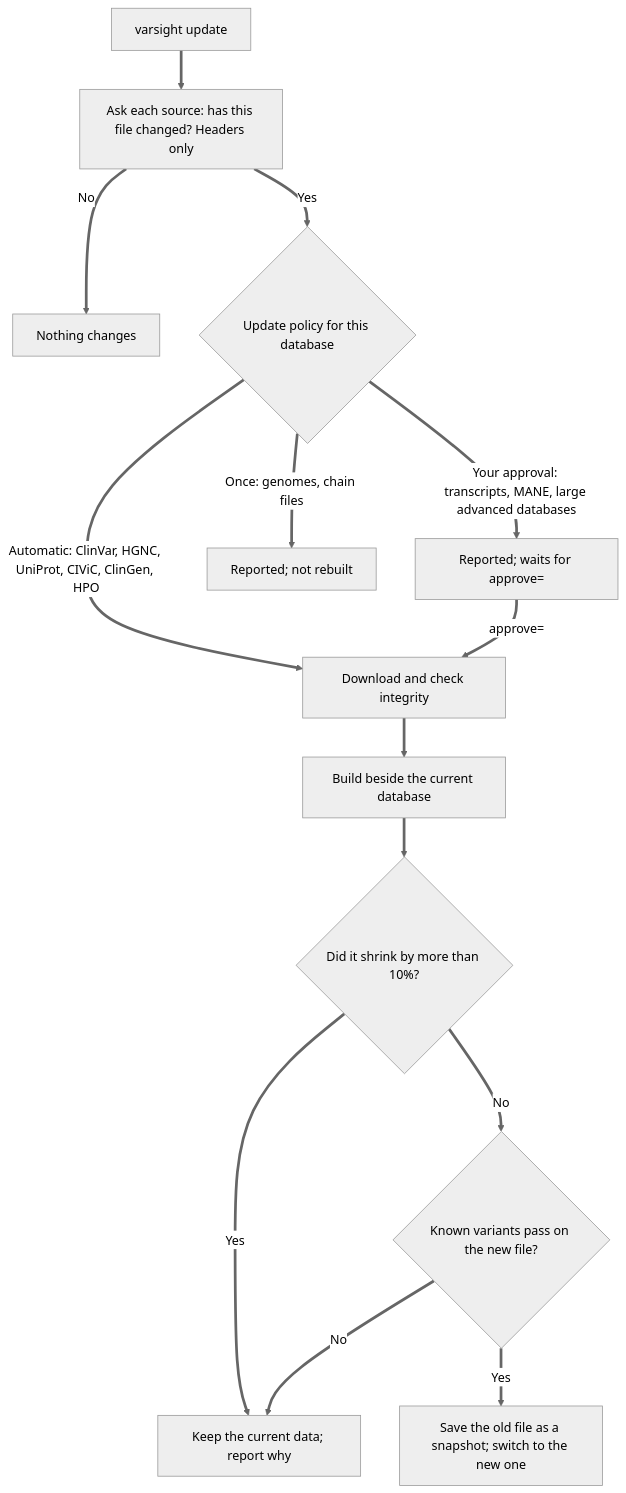
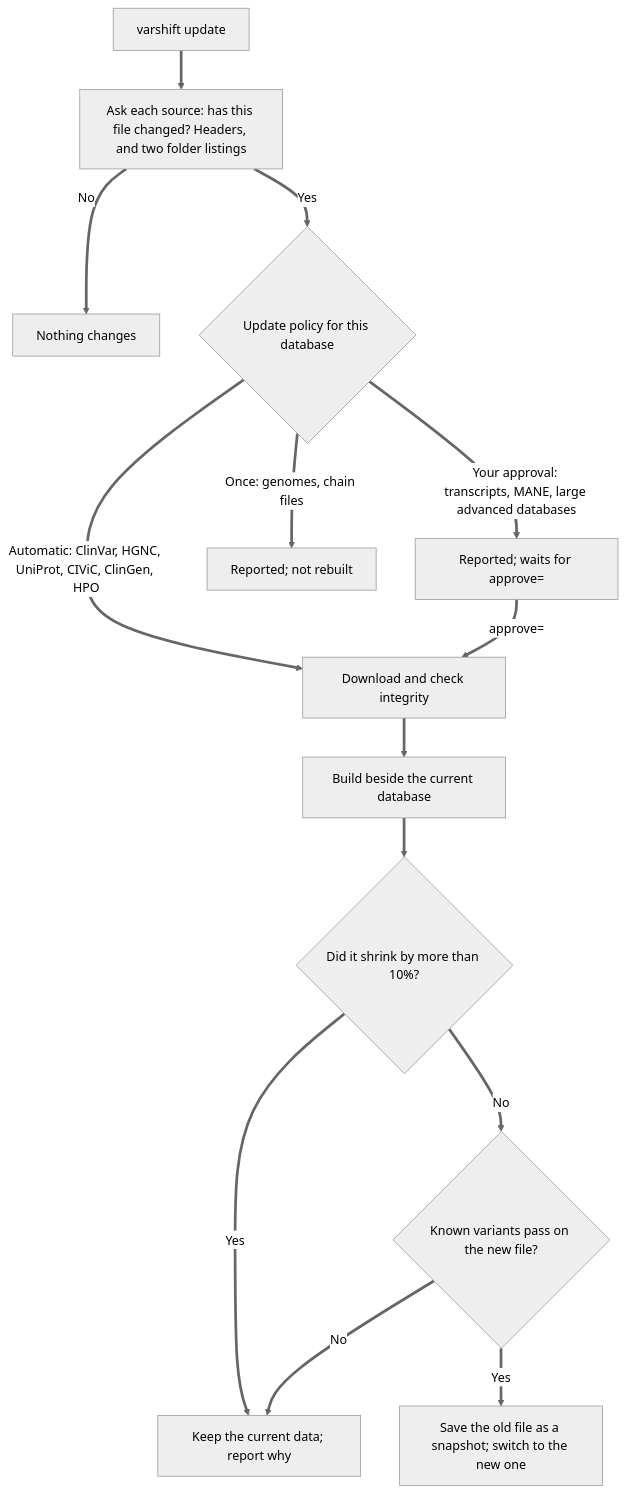
One commit to prabirsh/VarShift changed the diagram in docs/updates.md. Above: the diagram before and after it, drawn with Mermaid (neutral theme). The commit also changed other lines of this file and 127 other files, not shown here.

````diff
--- a/docs/updates.md
+++ b/docs/updates.md
@@ -32,16 +32,16 @@
 ```mermaid
 flowchart TD
-    START["varsight update"] ==> CHECK["Ask each source: has this file changed? Headers only"]
+    START["varshift update"] ==> CHECK["Ask each source: has this file changed? Headers, and two folder listings"]
     CHECK ==>|"No"| DONE["Nothing changes"]
     CHECK ==>|"Yes"| POLICY{"Update policy for this database"}
     POLICY ==>|"Automatic: ClinVar, HGNC, UniProt, CIViC, ClinGen, HPO"| DOWNLOAD
     POLICY ==>|"Your approval: transcripts, MANE, large advanced databases"| WAIT["Reported; waits for approve="]
     POLICY ==>|"Once: genomes, chain files"| SKIP["Reported; not rebuilt"]
     WAIT ==>|"approve="| DOWNLOAD["Download and check integrity"]
     DOWNLOAD ==> BUILD["Build beside the current database"]
     BUILD ==> SHRINK{"Did it shrink by more than 10%?"}
     SHRINK ==>|"Yes"| KEEP["Keep the current data; report why"]
     SHRINK ==>|"No"| TEST{"Known variants pass on the new file?"}
     TEST ==>|"No"| KEEP
     TEST ==>|"Yes"| SWITCH["Save the old file as a snapshot; switch to the new one"]
 ```
````
